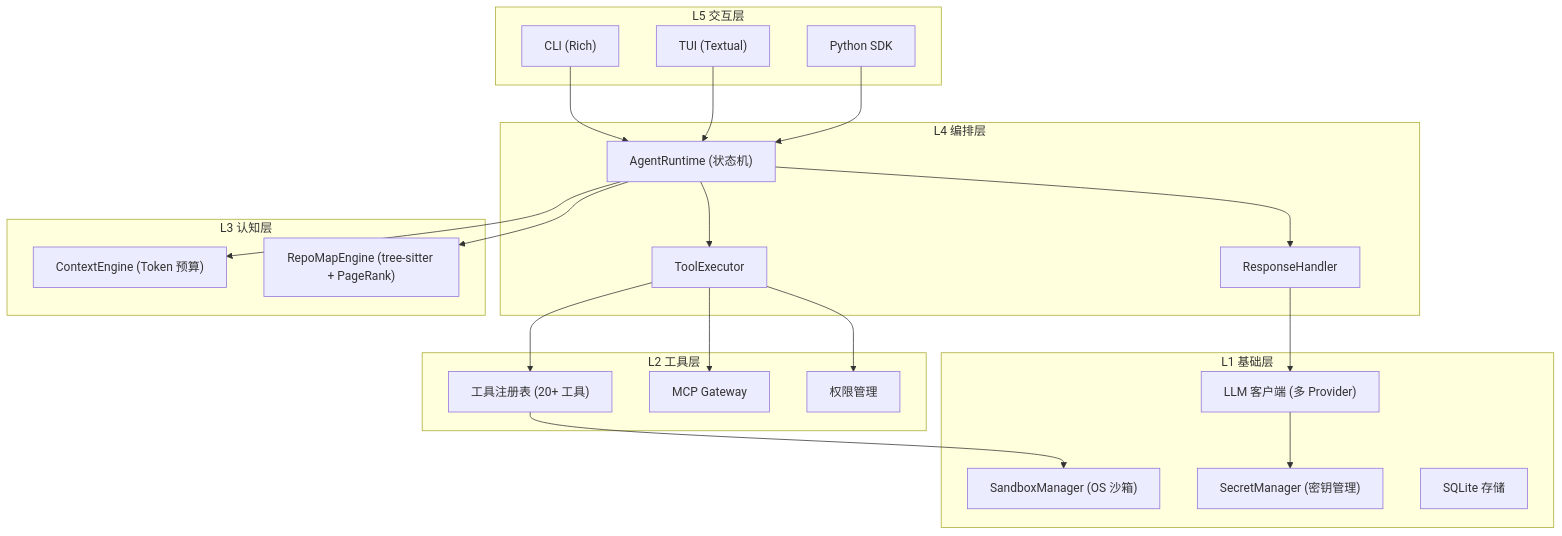
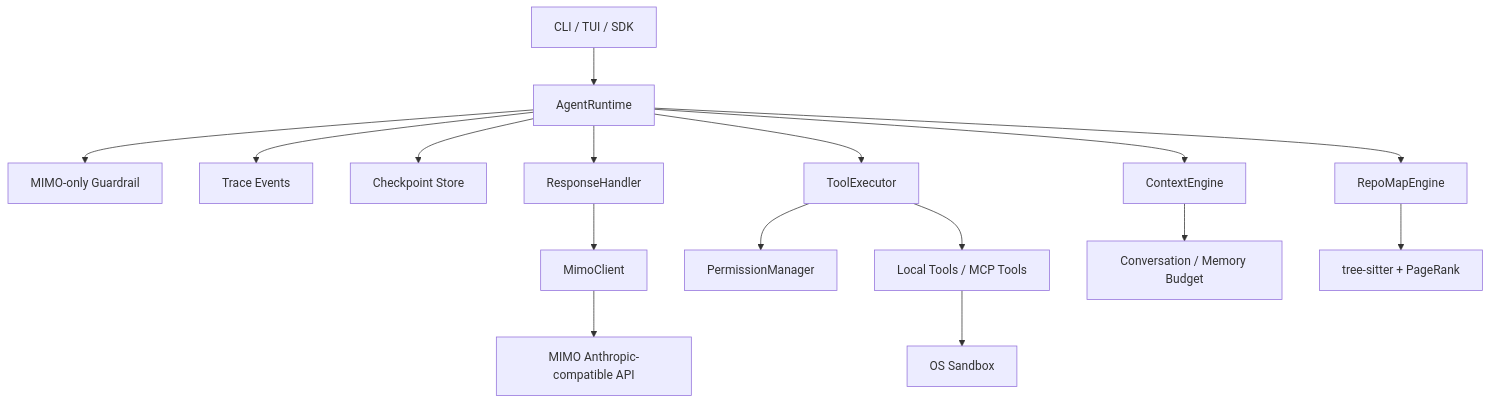
One commit to LeoLin990405/xiaotie changed the diagram in README.md. Above: the diagram before and after it, drawn with Mermaid. The commit also changed other lines of this file and 8 other files, not shown here.

Commit message:
Rewrite XiaoTie repo around MIMO gateway

````diff
--- a/README.md
+++ b/README.md
@@ -184,46 +44,18 @@
 ```mermaid
-graph TB
-    subgraph "L5 交互层"
-        CLI["CLI (Rich)"]
-        TUI["TUI (Textual)"]
-        SDK["Python SDK"]
-    end
-
-    subgraph "L4 编排层"
-        RT["AgentRuntime (状态机)"]
-        TE["ToolExecutor"]
-        RH["ResponseHandler"]
-    end
-
-    subgraph "L3 认知层"
-        CTX["ContextEngine (Token 预算)"]
-        RM["RepoMapEngine (tree-sitter + PageRank)"]
-    end
-
-    subgraph "L2 工具层"
-        TOOLS["工具注册表 (20+ 工具)"]
-        MCP["MCP Gateway"]
-        PERM["权限管理"]
-    end
-
-    subgraph "L1 基础层"
-        LLM["LLM 客户端 (多 Provider)"]
-        SB["SandboxManager (OS 沙箱)"]
-        SM["SecretManager (密钥管理)"]
-        DB["SQLite 存储"]
-    end
-
-    CLI --> RT
-    TUI --> RT
-    SDK --> RT
-    RT --> TE
-    RT --> RH
-    RT --> CTX
-    RT --> RM
-    TE --> TOOLS
-    TE --> MCP
-    TE --> PERM
-    TOOLS --> SB
-    RH --> LLM
-    LLM --> SM
+graph TD
+    CLI["CLI / TUI / SDK"] --> RT["AgentRuntime"]
+    RT --> GR["MIMO-only Guardrail"]
+    RT --> TRACE["Trace Events"]
+    RT --> CKPT["Checkpoint Store"]
+    RT --> CTX["ContextEngine"]
+    RT --> MAP["RepoMapEngine"]
+    RT --> RESP["ResponseHandler"]
+    RT --> EXEC["ToolExecutor"]
+    RESP --> MIMO["MimoClient"]
+    MIMO --> API["MIMO Anthropic-compatible API"]
+    EXEC --> PERM["PermissionManager"]
+    EXEC --> TOOLS["Local Tools / MCP Tools"]
+    TOOLS --> SB["OS Sandbox"]
+    CTX --> MEM["Conversation / Memory Budget"]
+    MAP --> AST["tree-sitter + PageRank"]
 ```
````
